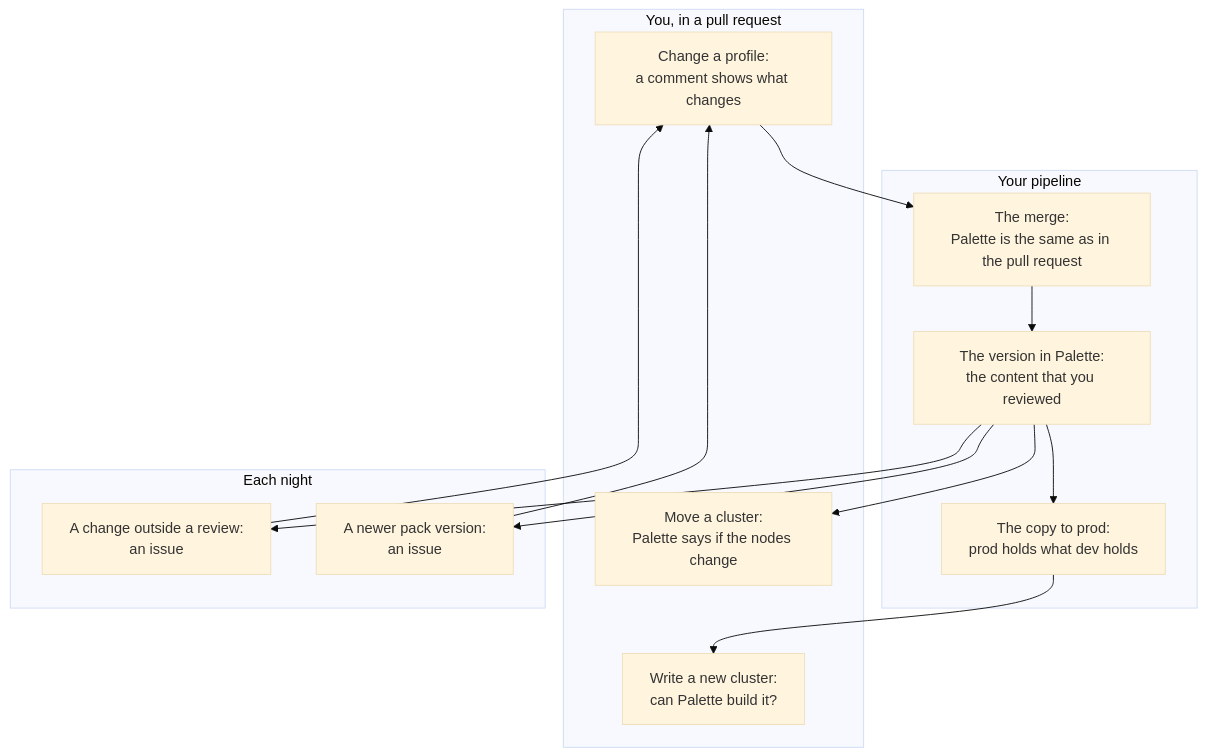
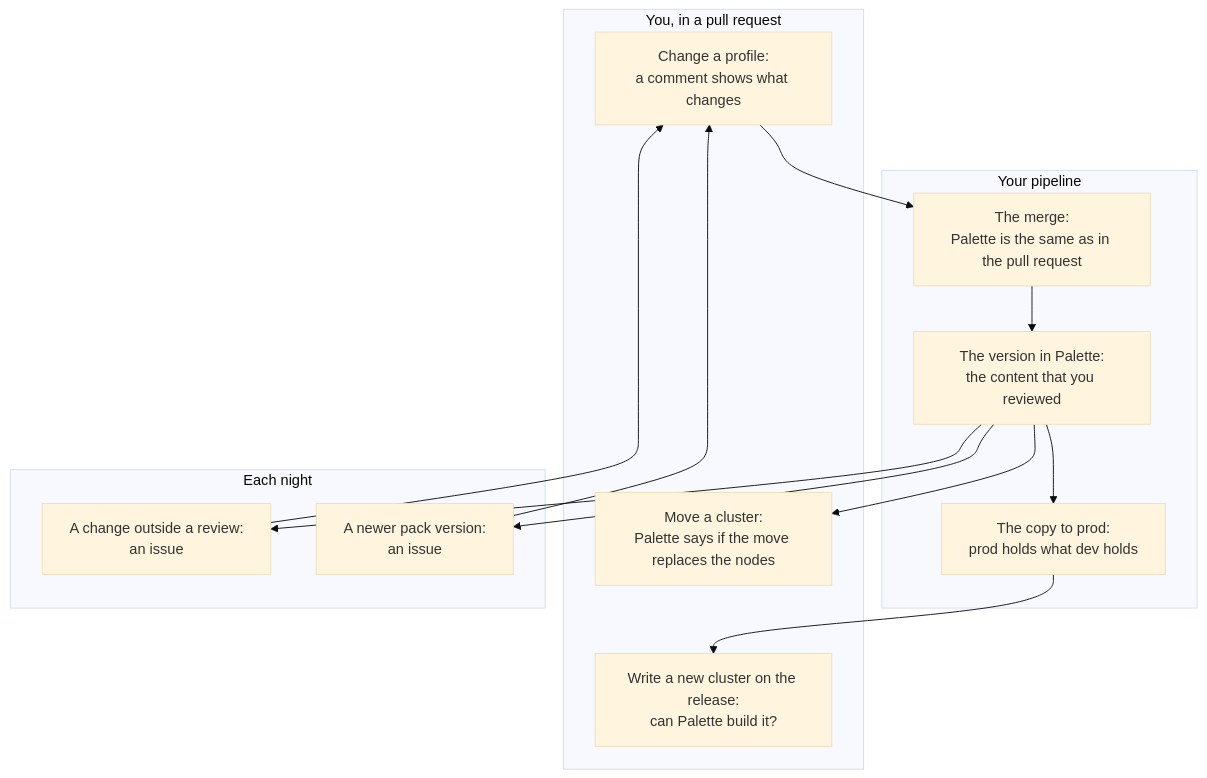
Before and after one commit to como-technologies/strata: the diagram in docs/src/loop.md, drawn with Mermaid (base theme). The commit also changed other lines of this file and 92 other files, not shown here.

````diff
--- a/docs/src/loop.md
+++ b/docs/src/loop.md
@@ -35,21 +36,21 @@
 ```mermaid
 flowchart TB
   subgraph you["You, in a pull request"]
     pr["Change a profile:<br/>a comment shows what changes"]
-    move["Move a cluster:<br/>Palette says if the nodes change"]
-    newc["Write a new cluster:<br/>can Palette build it?"]
+    move["Move a cluster:<br/>Palette says if the move replaces the nodes"]
+    newc["Write a new cluster on the release:<br/>can Palette build it?"]
   end
   subgraph pipe["Your pipeline"]
     merge["The merge:<br/>Palette is the same as in the pull request"]
     make["The version in Palette:<br/>the content that you reviewed"]
     prod["The copy to prod:<br/>prod holds what dev holds"]
   end
   subgraph night["Each night"]
     drift["A change outside a review:<br/>an issue"]
     newer["A newer pack version:<br/>an issue"]
   end
   pr --> merge --> make --> move
   make --> prod --> newc
   make --> drift --> pr
   make --> newer --> pr
 ```
````
